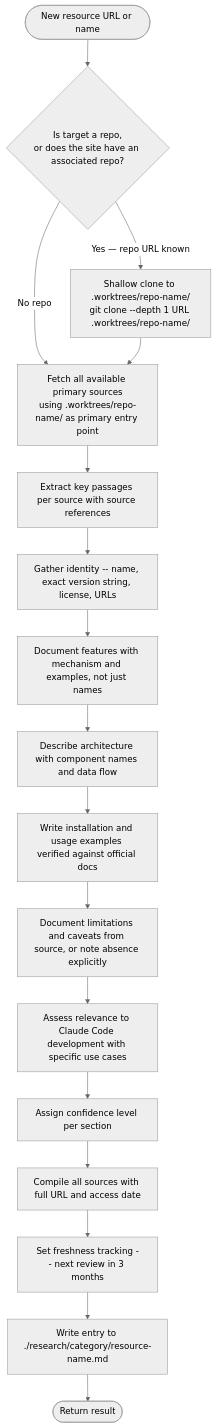
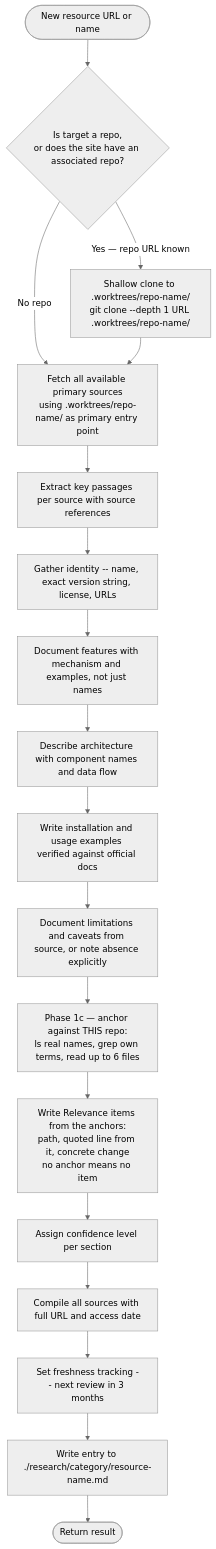
The second of 2 diagrams in .claude/agents/research-curator.md (Jamie-BitFlight/claude_skills), drawn with Mermaid (neutral theme) before and after one commit. The commit also changed other lines of this file and 4 other files, not shown here.

````diff
--- a/.claude/agents/research-curator.md
+++ b/.claude/agents/research-curator.md
@@ -170,19 +174,20 @@
 ```mermaid
 flowchart TD
     Start([New resource URL or name]) --> CloneCheck{Is target a repo,<br>or does the site have an associated repo?}
     CloneCheck -->|"Yes — repo URL known"| ShallowClone["Shallow clone to .worktrees/repo-name/<br>git clone --depth 1 URL .worktrees/repo-name/"]
     CloneCheck -->|"No repo"| Fetch[Fetch all available primary sources]
     ShallowClone --> Fetch[Fetch all available primary sources<br>using .worktrees/repo-name/ as primary entry point]
     Fetch --> Extract[Extract key passages per source with source references]
     Extract --> Metadata[Gather identity -- name, exact version string, license, URLs]
     Metadata --> Features[Document features with mechanism and examples, not just names]
     Features --> Architecture[Describe architecture with component names and data flow]
     Architecture --> Usage[Write installation and usage examples verified against official docs]
     Usage --> Limitations[Document limitations and caveats from source, or note absence explicitly]
-    Limitations --> Relevance[Assess relevance to Claude Code development with specific use cases]
+    Limitations --> Anchors[Phase 1c — anchor against THIS repo:<br>ls real names, grep own terms, read up to 6 files]
+    Anchors --> Relevance[Write Relevance items from the anchors:<br>path, quoted line from it, concrete change<br>no anchor means no item]
     Relevance --> Confidence[Assign confidence level per section]
     Confidence --> References[Compile all sources with full URL and access date]
     References --> Freshness[Set freshness tracking -- next review in 3 months]
     Freshness --> WriteFile[Write entry to ./research/category/resource-name.md]
     WriteFile --> Done([Return result])
 ```
````
